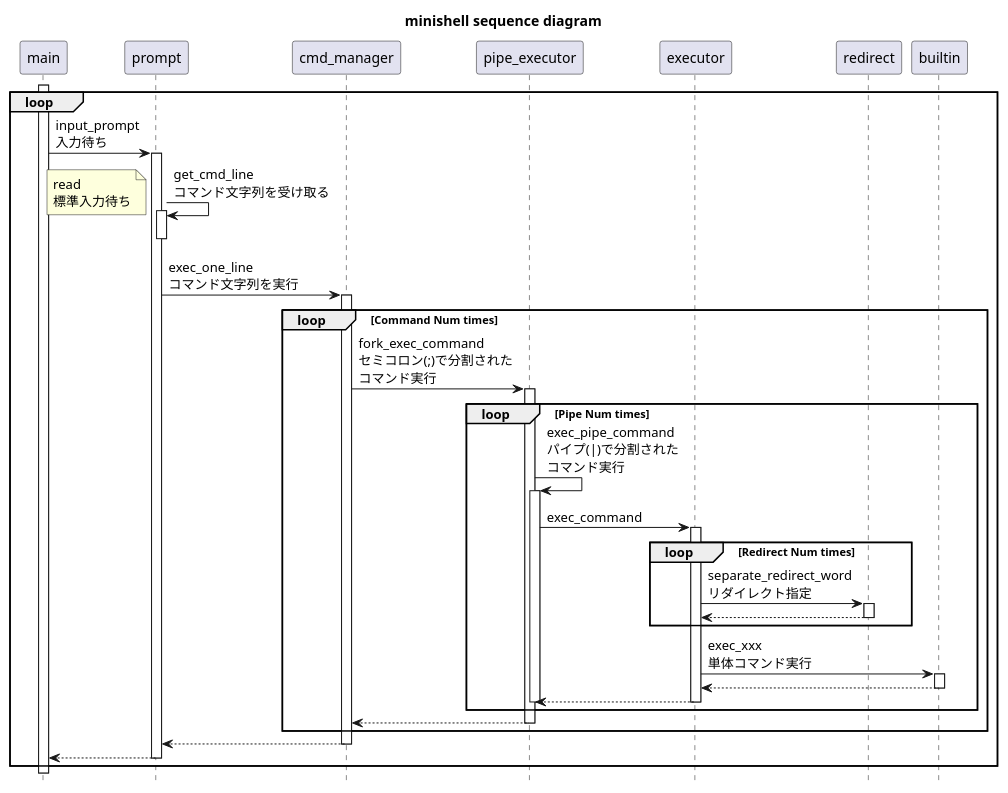
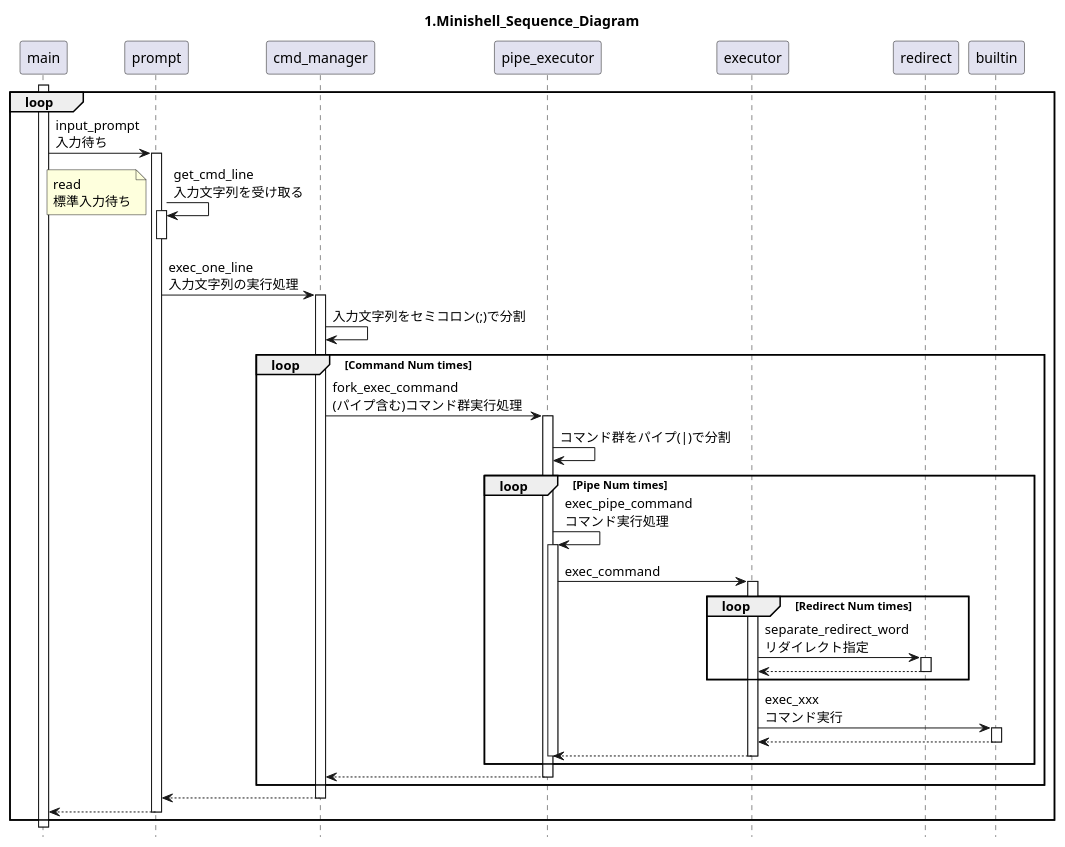
The diagram in design/sequence_main.puml (Toshiki-Nakamura/minishell), drawn with PlantUML before and after one commit. The commit also changed 8 other files, not shown here.

Commit message:
fix sequence diagrams

```diff
--- a/design/sequence_main.puml
+++ b/design/sequence_main.puml
@@ -3,58 +3,60 @@
 @startuml
-title minishell sequence diagram
+title 1.Minishell_Sequence_Diagram
 hide footbox
 
 participant "main" as Main
 participant "prompt" as Prompt
 participant "cmd_manager" as CmdMgr
 participant "pipe_executor" as PipeExe
 participant "executor" as Exec
 participant "redirect" as Redirect
 participant "builtin" as Builtin
 
 activate Main
 loop
 Main->Prompt: input_prompt\n入力待ち
 activate Prompt
-Prompt->Prompt: get_cmd_line\nコマンド文字列を受け取る
+Prompt->Prompt: get_cmd_line\n入力文字列を受け取る
 activate Prompt
 note left: read\n標準入力待ち
 deactivate Prompt
-Prompt->CmdMgr: exec_one_line\nコマンド文字列を実行
+Prompt->CmdMgr: exec_one_line\n入力文字列の実行処理
 activate CmdMgr
+CmdMgr->CmdMgr: 入力文字列をセミコロン(;)で分割
 loop Command Num times
-	CmdMgr->PipeExe: fork_exec_command\nセミコロン(;)で分割された\nコマンド実行
+	CmdMgr->PipeExe: fork_exec_command\n(パイプ含む)コマンド群実行処理
 	activate PipeExe
+	PipeExe->PipeExe: コマンド群をパイプ(|)で分割
 	loop Pipe Num times
-		PipeExe->PipeExe: exec_pipe_command\nパイプ(|)で分割された\nコマンド実行
+		PipeExe->PipeExe: exec_pipe_command\nコマンド実行処理
 		activate PipeExe
 		PipeExe->Exec: exec_command
 		activate Exec
 		loop Redirect Num times
 			Exec->Redirect: separate_redirect_word\nリダイレクト指定
 			activate Redirect
 			Exec<--Redirect
 			deactivate Redirect
 		end
-		Exec->Builtin: exec_xxx\n単体コマンド実行
+		Exec->Builtin: exec_xxx\nコマンド実行
 		activate Builtin
 		Exec<--Builtin
 		deactivate Builtin
 		PipeExe<--Exec
 		deactivate Exec
 		deactivate PipeExe
 	end
 	CmdMgr<--PipeExe
 	deactivate PipeExe
 end
 Prompt<--CmdMgr
 deactivate CmdMgr
 Main<--Prompt
 deactivate Prompt
 end
 
 deactivate Main
 
 
 
 @enduml
```
